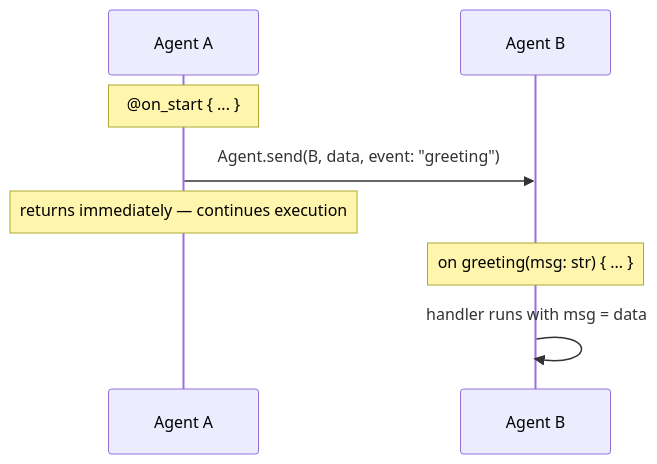
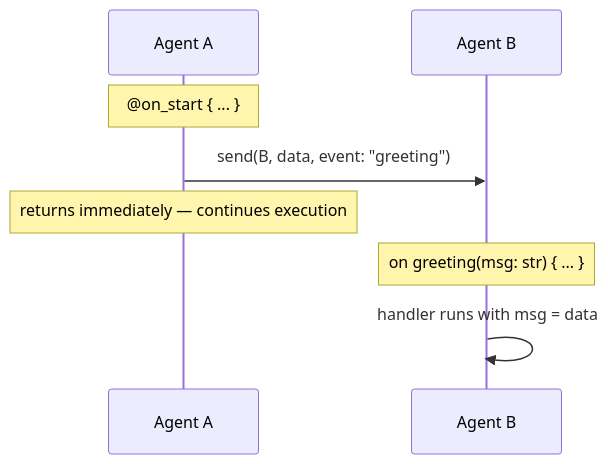
The first of 5 diagrams in docs/src/guide/agent-communication.md (keel-lang/keel), drawn with Mermaid before and after one commit. The commit also changed other lines of this file and 207 other files, not shown here.

````diff
--- a/docs/src/guide/agent-communication.md
+++ b/docs/src/guide/agent-communication.md
@@ -9,12 +9,12 @@
 ```mermaid
 sequenceDiagram
     participant A as Agent A
     participant B as Agent B
 
     note over A: @on_start { ... }
-    A->>B: Agent.send(B, data, event: "greeting")
+    A->>B: send(B, data, event: "greeting")
     note over A: returns immediately — continues execution
 
     note over B: on greeting(msg: str) { ... }
     B->>B: handler runs with msg = data
 ```
````
